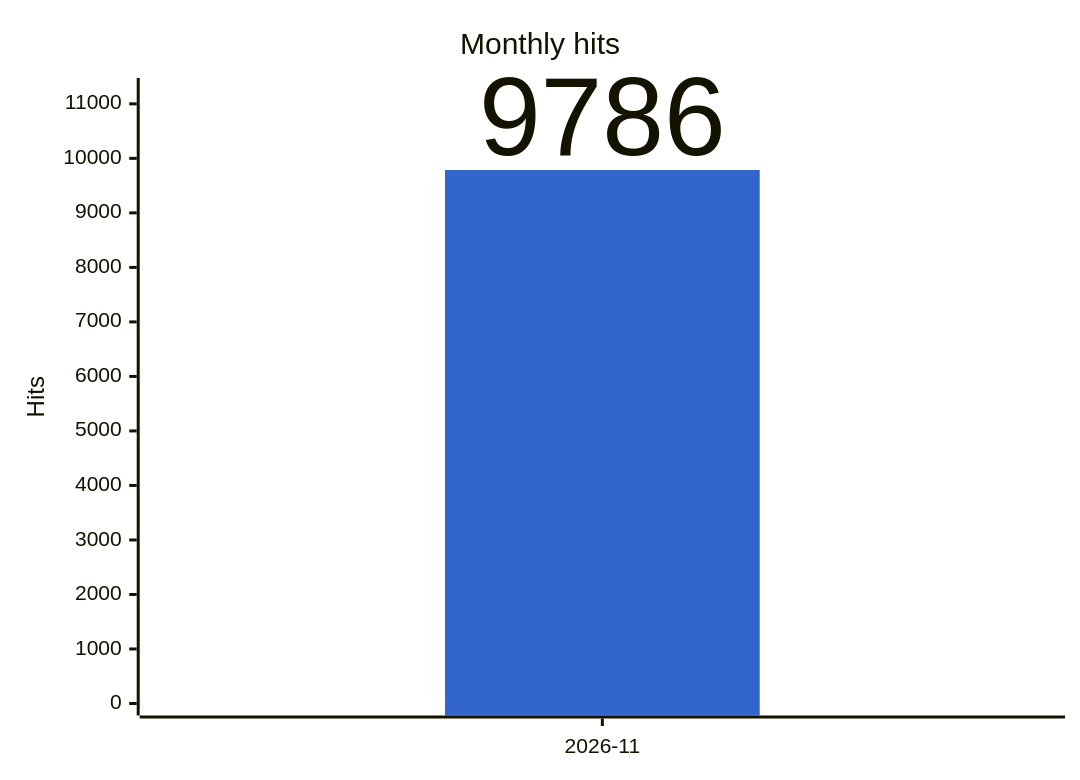
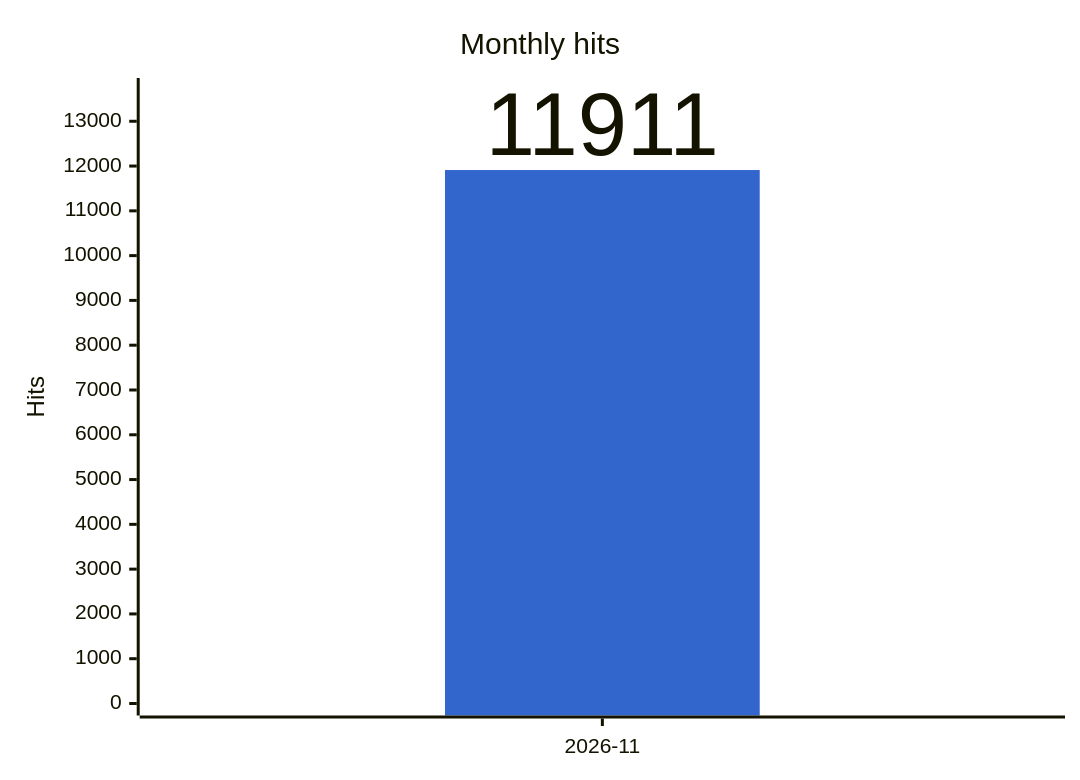
Before and after one commit to gmoulard/wikipedia2book: the third of 3 diagrams in docs/stats.md, drawn with Mermaid. The commit also changed other lines of this file and 2 other files, not shown here.

````diff
--- a/docs/stats.md
+++ b/docs/stats.md
@@ -39,8 +39,8 @@
 ```mermaid
 %%{init: {"xyChart": {"width": 700, "showDataLabel": true, "showDataLabelOutsideBar": true}, "themeVariables": {"xyChart": {"plotColorPalette": "#3366cc"}}}}%%
 xychart-beta
     title "Monthly hits"
     x-axis ["2026-11"]
-    y-axis "Hits" 0 --> 11254
-    bar [9786]
+    y-axis "Hits" 0 --> 13698
+    bar [11911]
 ```
````
